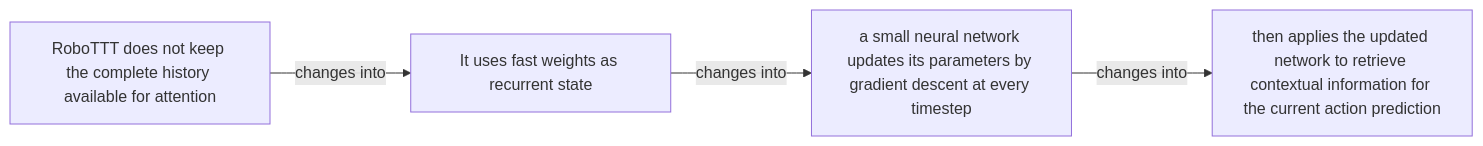
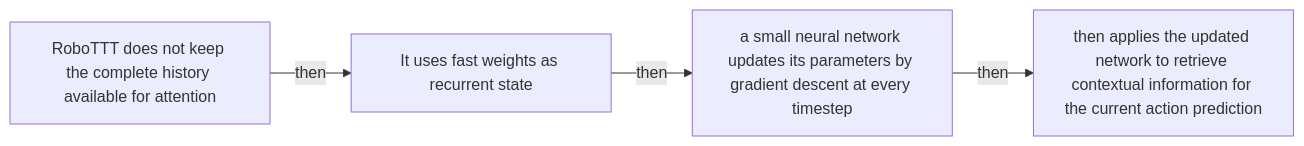
The seventh of 48 diagrams in docs/visual-manifests/VISUAL_MANIFEST_ROBOTT.md (Betancourt1/paper_atlas), drawn with Mermaid before and after one commit. The commit also changed other lines of this file and 7 other files, not shown here.

````diff
--- a/docs/visual-manifests/VISUAL_MANIFEST_ROBOTT.md
+++ b/docs/visual-manifests/VISUAL_MANIFEST_ROBOTT.md
@@ -533,10 +549,10 @@
 ```mermaid
 flowchart LR
   n1["RoboTTT does not keep the complete history available for attention"]
   n2["It uses fast weights as recurrent state"]
   n3["a small neural network updates its parameters by gradient descent at every timestep"]
   n4["then applies the updated network to retrieve contextual information for the current action prediction"]
-  n1 -->|"changes into"| n2
-  n2 -->|"changes into"| n3
-  n3 -->|"changes into"| n4
+  n1 -->|"then"| n2
+  n2 -->|"then"| n3
+  n3 -->|"then"| n4
 ```
````
